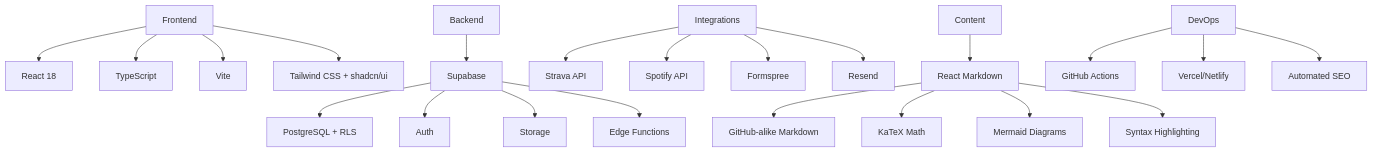
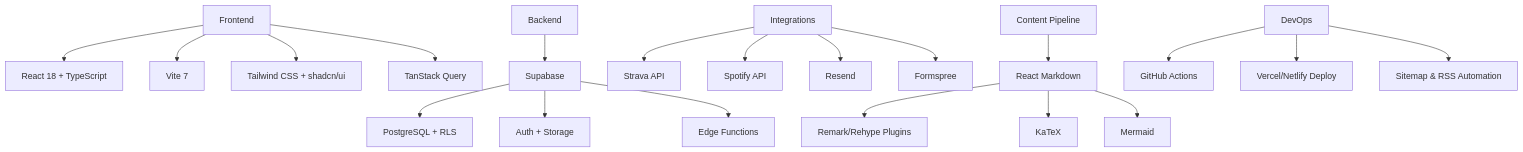
Before and after one commit to imaddde867/imadlab: the diagram in README.md, drawn with Mermaid. The commit also changed other lines of this file and 1 other file, not shown here.

````diff
--- a/README.md
+++ b/README.md
@@ -47,28 +37,26 @@
 ```mermaid
 graph TD
-    A[Frontend] --> B[React 18]
-    A --> C[TypeScript]
-    A --> D[Vite]
-    A --> E[Tailwind CSS + shadcn/ui]
+    A[Frontend] --> B[React 18 + TypeScript]
+    A --> C[Vite 7]
+    A --> D[Tailwind CSS + shadcn/ui]
+    A --> E[TanStack Query]
     
     F[Backend] --> G[Supabase]
     G --> H[PostgreSQL + RLS]
-    G --> I[Auth]
-    G --> J[Storage]
-    G --> K[Edge Functions]
+    G --> I[Auth + Storage]
+    G --> J[Edge Functions]
     
-    L[Integrations] --> M[Strava API]
-    L --> N[Spotify API]
-    L --> O[Formspree]
-    L --> P[Resend]
+    K[Integrations] --> L[Strava API]
+    K --> M[Spotify API]
+    K --> N[Resend]
+    K --> O[Formspree]
     
-    Q[Content] --> R[React Markdown]
-    R --> S[GitHub-alike Markdown]
-    R --> T[KaTeX Math]
-    R --> U[Mermaid Diagrams]
-    R --> V[Syntax Highlighting]
+    P[Content Pipeline] --> Q[React Markdown]
+    Q --> R[Remark/Rehype Plugins]
+    Q --> S[KaTeX]
+    Q --> T[Mermaid]
     
-    W[DevOps] --> X[GitHub Actions]
-    W --> Y[Vercel/Netlify]
-    W --> Z[Automated SEO]
+    U[DevOps] --> V[GitHub Actions]
+    U --> W[Vercel/Netlify Deploy]
+    U --> X[Sitemap & RSS Automation]
 ```
````
